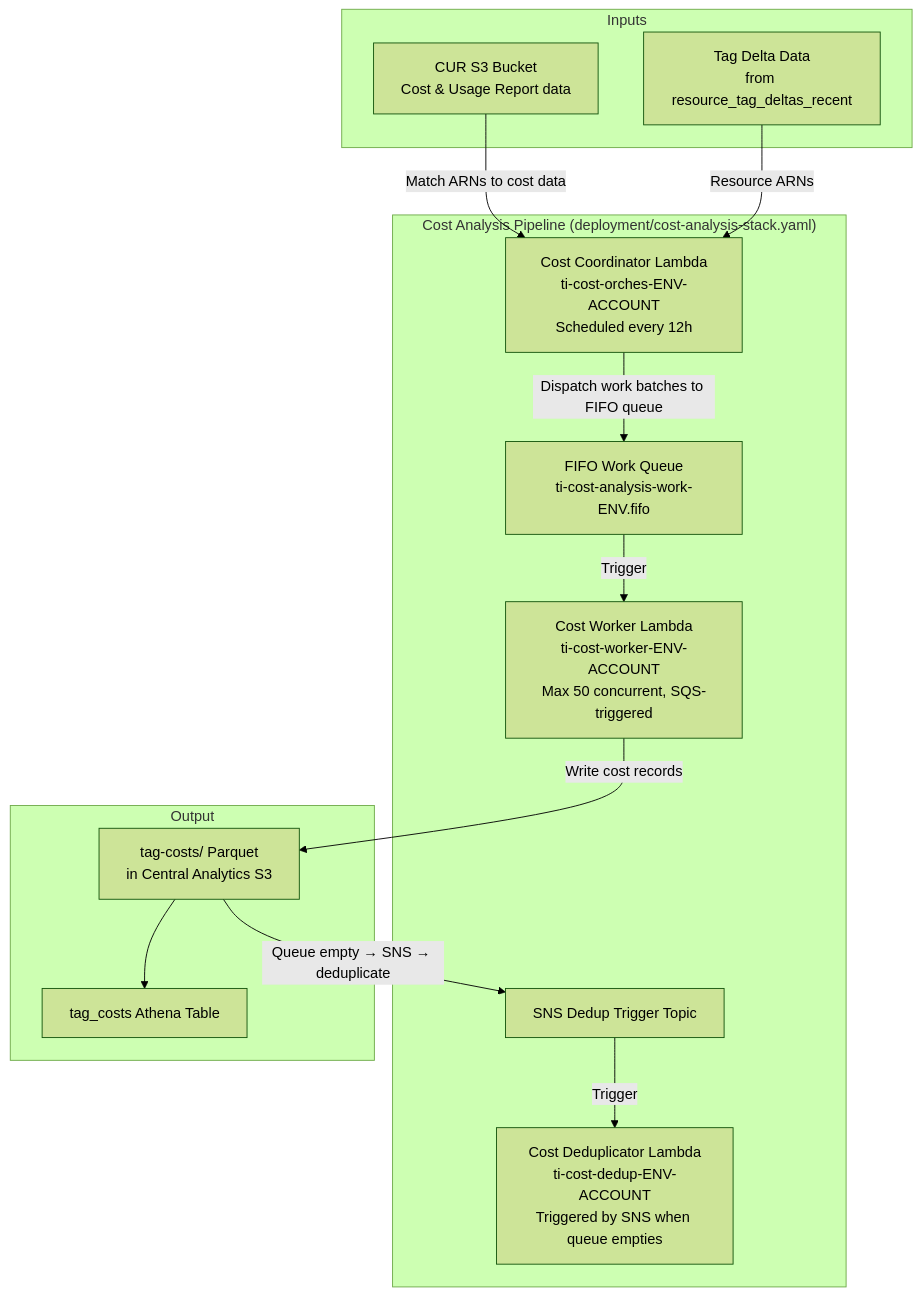
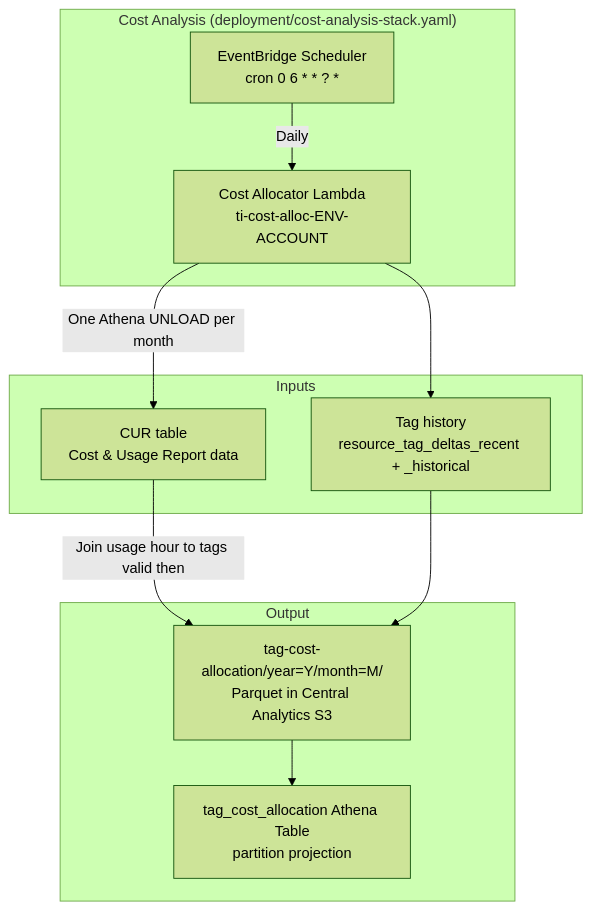
One commit to aws-samples/sample-multi-account-tag-governance-insights changed the third of 4 diagrams in docs/ORCHESTRATION.md. Above: the diagram before and after it, drawn with Mermaid (forest theme). The commit also changed other lines of this file and 86 other files, not shown here.

````diff
--- a/docs/ORCHESTRATION.md
+++ b/docs/ORCHESTRATION.md
@@ -88,29 +88,24 @@
 ```mermaid
 flowchart TD
     subgraph Inputs["Inputs"]
-        CUR[CUR S3 Bucket\nCost & Usage Report data]
-        TDA[Tag Delta Data\nfrom resource_tag_deltas_recent]
+        CUR[CUR table\nCost & Usage Report data]
+        TDA[Tag history\nresource_tag_deltas_recent + _historical]
     end
 
-    subgraph CostPipeline["Cost Analysis Pipeline (deployment/cost-analysis-stack.yaml)"]
-        CC[Cost Coordinator Lambda\nti-cost-orches-ENV-ACCOUNT\nScheduled every 12h]
-        SQS_COST[FIFO Work Queue\nti-cost-analysis-work-ENV.fifo]
-        CW[Cost Worker Lambda\nti-cost-worker-ENV-ACCOUNT\nMax 50 concurrent, SQS-triggered]
-        SNS[SNS Dedup Trigger Topic]
-        CD[Cost Deduplicator Lambda\nti-cost-dedup-ENV-ACCOUNT\nTriggered by SNS when queue empties]
+    subgraph CostStack["Cost Analysis (deployment/cost-analysis-stack.yaml)"]
+        SCH[EventBridge Scheduler\ncron 0 6 * * ? *]
+        CA[Cost Allocator Lambda\nti-cost-alloc-ENV-ACCOUNT]
     end
 
     subgraph Output["Output"]
-        TC[tag-costs/ Parquet\nin Central Analytics S3]
-        AT[tag_costs Athena Table]
+        S3[tag-cost-allocation/year=Y/month=M/\nParquet in Central Analytics S3]
+        AT[tag_cost_allocation Athena Table\npartition projection]
     end
 
-    CUR -->|Match ARNs to cost data| CC
-    TDA -->|Resource ARNs| CC
-    CC -->|Dispatch work batches to FIFO queue| SQS_COST
-    SQS_COST -->|Trigger| CW
-    CW -->|Write cost records| TC
-    TC -->|Queue empty → SNS → deduplicate| SNS
-    SNS -->|Trigger| CD
-    TC --> AT
+    SCH -->|Daily| CA
+    CA -->|One Athena UNLOAD per month| CUR
+    CA --> TDA
+    CUR -->|Join usage hour to tags valid then| S3
+    TDA --> S3
+    S3 --> AT
 ```
````
